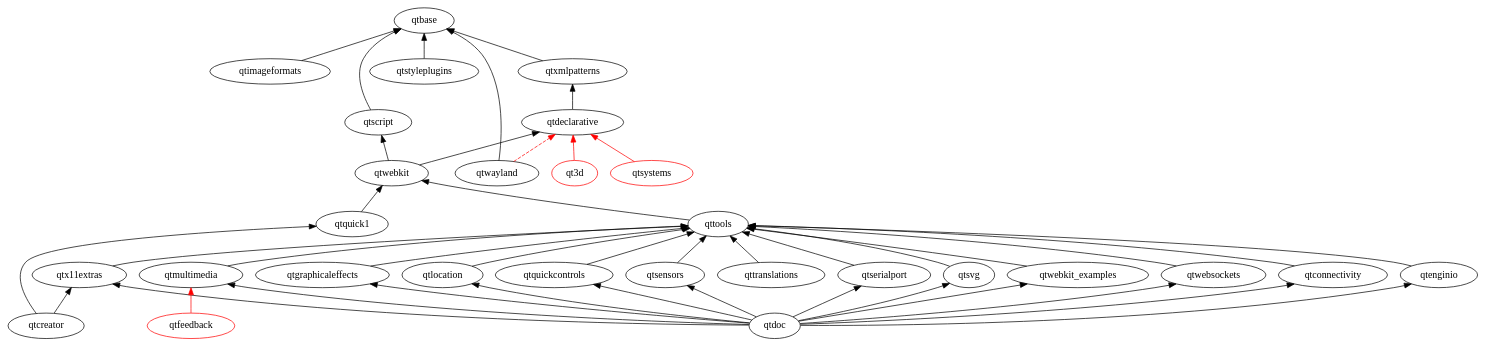
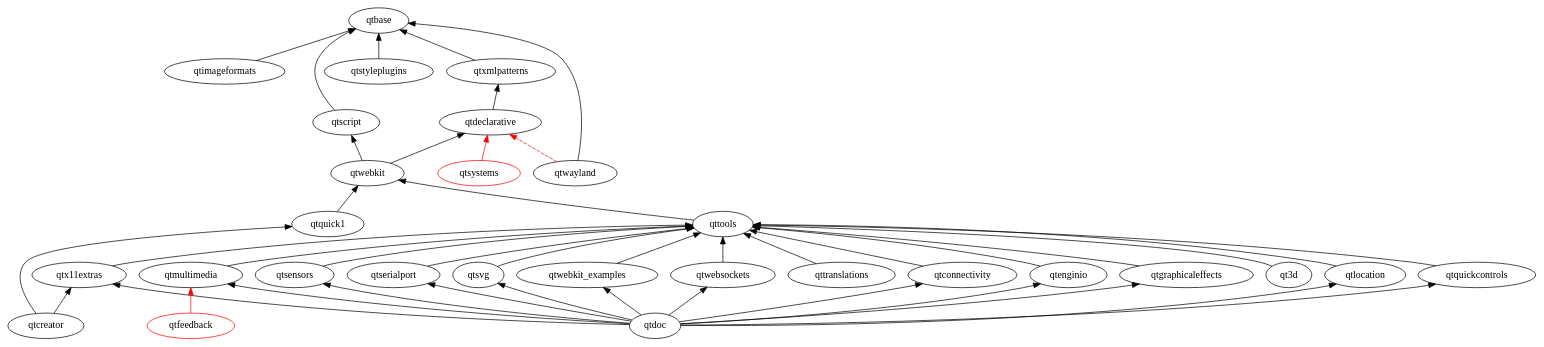
The diagram in files/qt5-build-deps.dot (OpenOS-Project-Ecosystem-OOC/qt-kde-team.pages.debian.net), drawn with Graphviz before and after one commit.

Commit message:
We are shipping qt3d.
Also move it to it's right place.

```diff
--- a/files/qt5-build-deps.dot
+++ b/files/qt5-build-deps.dot
@@ -1,78 +1,78 @@
 digraph qt5 {
   graph [
     rankdir = "BT"
   ]
 
-  qt3d [ color = red ]
+  qt3d
   qtbase
   qtconnectivity
   qtcreator
   qtdeclarative
   qtdoc
   qtenginio
   qtfeedback [ color = red ]
   qtgraphicaleffects
   qtimageformats
   qtlocation
   qtmultimedia
   qtquick1
   qtquickcontrols
   qtscript
   qtsensors
   qtserialport
   qtstyleplugins
   qtsvg
   qtsystems [ color = red ]
   qttools
   qttranslations
   qtwayland
   qtwebkit
   qtwebkit_examples
   qtwebsockets
   qtx11extras
   qtxmlpatterns
 
+  qt3d -> qttools
   qtconnectivity -> qttools
   qtcreator -> qtx11extras
   qtcreator -> qtquick1
   qtdeclarative -> qtxmlpatterns
   qtdoc -> qtgraphicaleffects
   qtdoc -> qtmultimedia
   qtdoc -> qtlocation
   qtdoc -> qtquickcontrols
   qtdoc -> qtsensors
   qtdoc -> qtserialport
   qtdoc -> qtsvg
   qtdoc -> qtx11extras
   qtdoc -> qtwebkit_examples
   qtdoc -> qtwebsockets
   qtdoc -> qtconnectivity
   qtdoc -> qtenginio
   qtenginio -> qttools
   qtgraphicaleffects -> qttools
   qtimageformats -> qtbase
   qtmultimedia -> qttools
   qtquick1 -> qtwebkit
   qtquickcontrols -> qttools
   qtsensors -> qttools
   qtserialport -> qttools
   qtscript -> qtbase
   qtstyleplugins -> qtbase
   qtsvg -> qttools
   qttools -> qtwebkit
   qttranslations -> qttools
   qtwayland -> qtbase
   qtwebkit -> qtscript
   qtwebkit -> qtdeclarative
   qtwebkit_examples -> qttools
   qtwebsockets -> qttools
   qtx11extras -> qttools
   qtxmlpatterns -> qtbase
   qtlocation -> qttools
 
   // unsure/not-uploaded
-  qt3d -> qtdeclarative [ color = red ]
   qtfeedback -> qtmultimedia [ color = red ]
   qtsystems -> qtdeclarative [ color = red ]
   qtwayland -> qtdeclarative [ color = red style = dashed ]
 }
```
